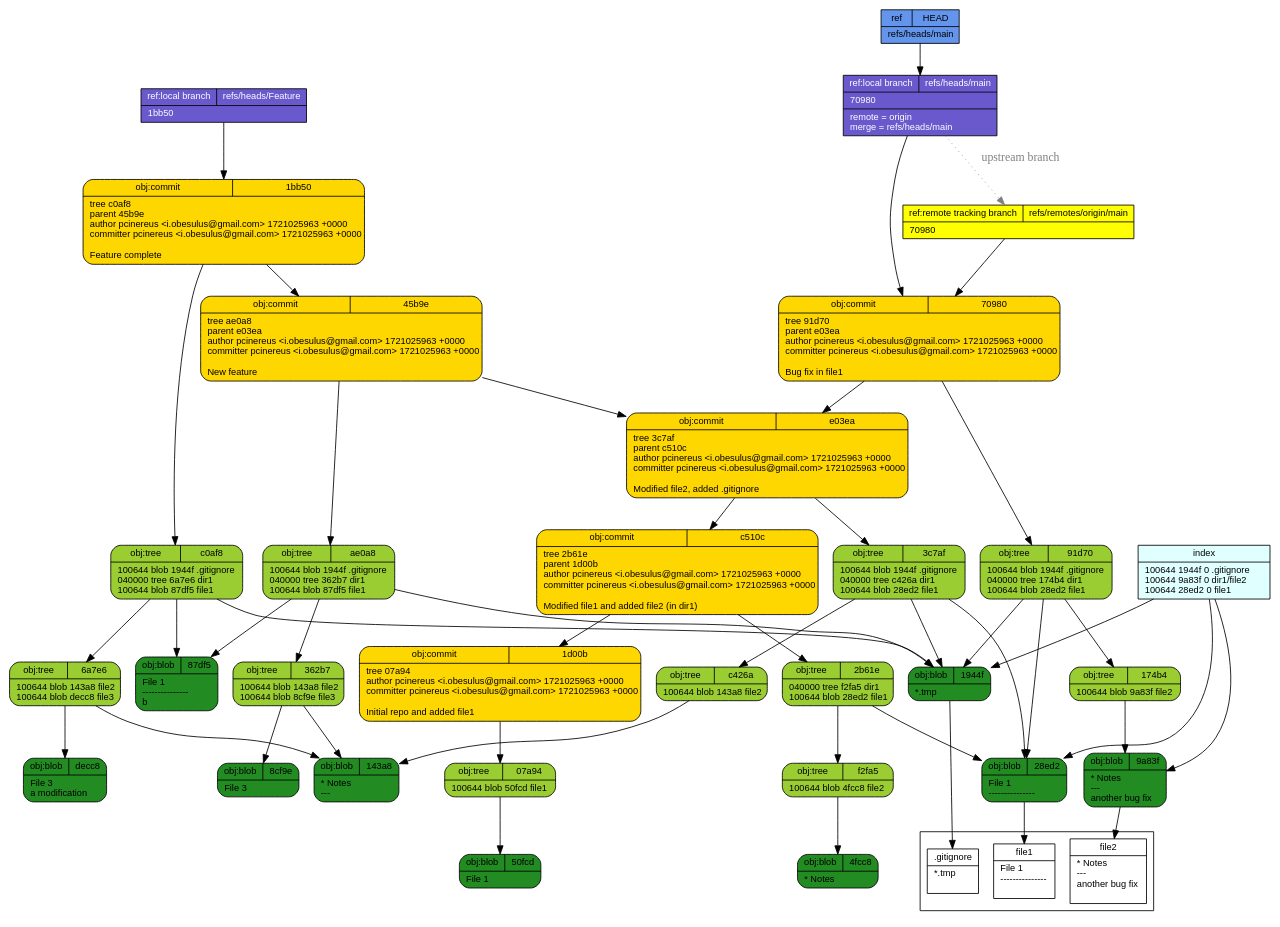
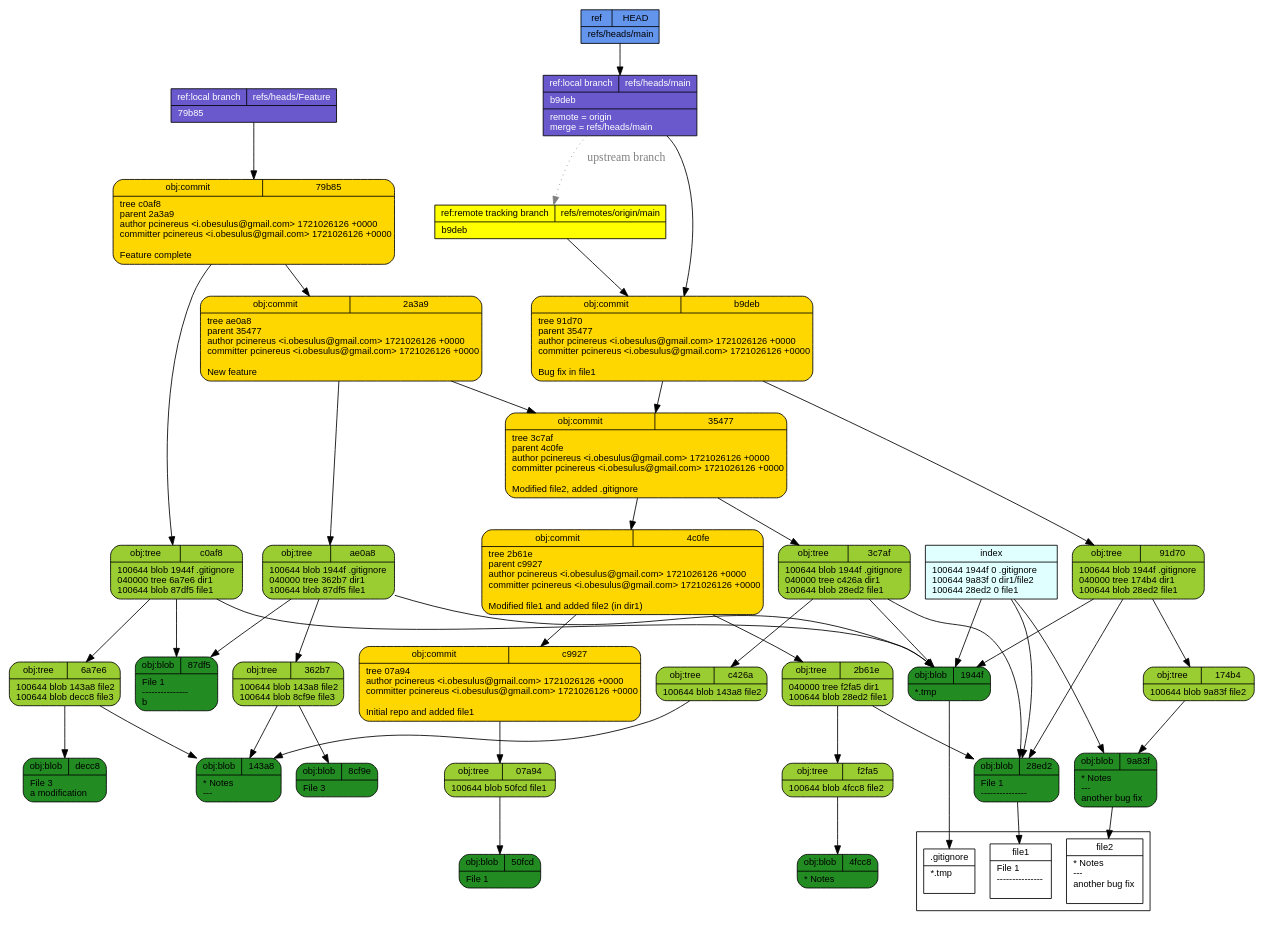
Before and after one commit to pcinereus/SUYRs_documents: the diagram in tut/git-draw.dot, drawn with Graphviz. The commit also changed 593 other files, not shown here.

```diff
--- a/tut/git-draw.dot
+++ b/tut/git-draw.dot
@@ -1,57 +1,57 @@
 digraph structs {
   node [shape=record,fontsize=11,fontname="arial"];
   rankdir="TB";
   _f2fa5 [fillcolor="yellowgreen", style="filled,rounded", label="{{obj:tree|f2fa5}|100644\ blob\ 4fcc8\	file2\l}"]  _f2fa5 -> _4fcc8
-  _45b9e [fillcolor="gold", style="filled,rounded", label="{{obj:commit|45b9e}|tree\ ae0a8\lparent\ e03ea\lauthor\ pcinereus\ \<i\.obesulus\@gmail\.com\>\ 1721025963\ \+0000\lcommitter\ pcinereus\ \<i\.obesulus\@gmail\.com\>\ 1721025963\ \+0000\l\lNew\ feature\l}"]  _45b9e -> _ae0a8
-  _45b9e -> _e03ea
   _07a94 [fillcolor="yellowgreen", style="filled,rounded", label="{{obj:tree|07a94}|100644\ blob\ 50fcd\	file1\l}"]  _07a94 -> _50fcd
   _143a8 [fillcolor="forestgreen", style="filled,rounded", label="{{obj:blob|143a8}|\*\ Notes\l\-\-\-\l}"]  _c0af8 [fillcolor="yellowgreen", style="filled,rounded", label="{{obj:tree|c0af8}|100644\ blob\ 1944f\	\.gitignore\l040000\ tree\ 6a7e6\	dir1\l100644\ blob\ 87df5\	file1\l}"]  _c0af8 -> _1944f
   _c0af8 -> _6a7e6
   _c0af8 -> _87df5
-  _4fcc8 [fillcolor="forestgreen", style="filled,rounded", label="{{obj:blob|4fcc8}|\*\ Notes\l}"]  _70980 [fillcolor="gold", style="filled,rounded", label="{{obj:commit|70980}|tree\ 91d70\lparent\ e03ea\lauthor\ pcinereus\ \<i\.obesulus\@gmail\.com\>\ 1721025963\ \+0000\lcommitter\ pcinereus\ \<i\.obesulus\@gmail\.com\>\ 1721025963\ \+0000\l\lBug\ fix\ in\ file1\l}"]  _70980 -> _91d70
-  _70980 -> _e03ea
+  _4fcc8 [fillcolor="forestgreen", style="filled,rounded", label="{{obj:blob|4fcc8}|\*\ Notes\l}"]  _35477 [fillcolor="gold", style="filled,rounded", label="{{obj:commit|35477}|tree\ 3c7af\lparent\ 4c0fe\lauthor\ pcinereus\ \<i\.obesulus\@gmail\.com\>\ 1721026126\ \+0000\lcommitter\ pcinereus\ \<i\.obesulus\@gmail\.com\>\ 1721026126\ \+0000\l\lModified\ file2\,\ added\ \.gitignore\l}"]  _35477 -> _3c7af
+  _35477 -> _4c0fe
+  _4c0fe [fillcolor="gold", style="filled,rounded", label="{{obj:commit|4c0fe}|tree\ 2b61e\lparent\ c9927\lauthor\ pcinereus\ \<i\.obesulus\@gmail\.com\>\ 1721026126\ \+0000\lcommitter\ pcinereus\ \<i\.obesulus\@gmail\.com\>\ 1721026126\ \+0000\l\lModified\ file1\ and\ added\ file2\ \(in\ dir1\)\l}"]  _4c0fe -> _2b61e
+  _4c0fe -> _c9927
   _c426a [fillcolor="yellowgreen", style="filled,rounded", label="{{obj:tree|c426a}|100644\ blob\ 143a8\	file2\l}"]  _c426a -> _143a8
-  _1944f [fillcolor="forestgreen", style="filled,rounded", label="{{obj:blob|1944f}|\*\.tmp\l}"]  _50fcd [fillcolor="forestgreen", style="filled,rounded", label="{{obj:blob|50fcd}|File\ 1\l}"]  _e03ea [fillcolor="gold", style="filled,rounded", label="{{obj:commit|e03ea}|tree\ 3c7af\lparent\ c510c\lauthor\ pcinereus\ \<i\.obesulus\@gmail\.com\>\ 1721025963\ \+0000\lcommitter\ pcinereus\ \<i\.obesulus\@gmail\.com\>\ 1721025963\ \+0000\l\lModified\ file2\,\ added\ \.gitignore\l}"]  _e03ea -> _3c7af
-  _e03ea -> _c510c
-  _1d00b [fillcolor="gold", style="filled,rounded", label="{{obj:commit|1d00b}|tree\ 07a94\lauthor\ pcinereus\ \<i\.obesulus\@gmail\.com\>\ 1721025963\ \+0000\lcommitter\ pcinereus\ \<i\.obesulus\@gmail\.com\>\ 1721025963\ \+0000\l\lInitial\ repo\ and\ added\ file1\l}"]  _1d00b -> _07a94
+  _1944f [fillcolor="forestgreen", style="filled,rounded", label="{{obj:blob|1944f}|\*\.tmp\l}"]  _50fcd [fillcolor="forestgreen", style="filled,rounded", label="{{obj:blob|50fcd}|File\ 1\l}"]  _c9927 [fillcolor="gold", style="filled,rounded", label="{{obj:commit|c9927}|tree\ 07a94\lauthor\ pcinereus\ \<i\.obesulus\@gmail\.com\>\ 1721026126\ \+0000\lcommitter\ pcinereus\ \<i\.obesulus\@gmail\.com\>\ 1721026126\ \+0000\l\lInitial\ repo\ and\ added\ file1\l}"]  _c9927 -> _07a94
   _8cf9e [fillcolor="forestgreen", style="filled,rounded", label="{{obj:blob|8cf9e}|File\ 3\l}"]  _91d70 [fillcolor="yellowgreen", style="filled,rounded", label="{{obj:tree|91d70}|100644\ blob\ 1944f\	\.gitignore\l040000\ tree\ 174b4\	dir1\l100644\ blob\ 28ed2\	file1\l}"]  _91d70 -> _1944f
   _91d70 -> _174b4
   _91d70 -> _28ed2
-  _9a83f [fillcolor="forestgreen", style="filled,rounded", label="{{obj:blob|9a83f}|\*\ Notes\l\-\-\-\l\ another\ bug\ fix\l}"]  _1bb50 [fillcolor="gold", style="filled,rounded", label="{{obj:commit|1bb50}|tree\ c0af8\lparent\ 45b9e\lauthor\ pcinereus\ \<i\.obesulus\@gmail\.com\>\ 1721025963\ \+0000\lcommitter\ pcinereus\ \<i\.obesulus\@gmail\.com\>\ 1721025963\ \+0000\l\lFeature\ complete\l}"]  _1bb50 -> _c0af8
-  _1bb50 -> _45b9e
+  _9a83f [fillcolor="forestgreen", style="filled,rounded", label="{{obj:blob|9a83f}|\*\ Notes\l\-\-\-\l\ another\ bug\ fix\l}"]  _2a3a9 [fillcolor="gold", style="filled,rounded", label="{{obj:commit|2a3a9}|tree\ ae0a8\lparent\ 35477\lauthor\ pcinereus\ \<i\.obesulus\@gmail\.com\>\ 1721026126\ \+0000\lcommitter\ pcinereus\ \<i\.obesulus\@gmail\.com\>\ 1721026126\ \+0000\l\lNew\ feature\l}"]  _2a3a9 -> _ae0a8
+  _2a3a9 -> _35477
   _ae0a8 [fillcolor="yellowgreen", style="filled,rounded", label="{{obj:tree|ae0a8}|100644\ blob\ 1944f\	\.gitignore\l040000\ tree\ 362b7\	dir1\l100644\ blob\ 87df5\	file1\l}"]  _ae0a8 -> _1944f
   _ae0a8 -> _362b7
   _ae0a8 -> _87df5
   _2b61e [fillcolor="yellowgreen", style="filled,rounded", label="{{obj:tree|2b61e}|040000\ tree\ f2fa5\	dir1\l100644\ blob\ 28ed2\	file1\l}"]  _2b61e -> _f2fa5
   _2b61e -> _28ed2
   _87df5 [fillcolor="forestgreen", style="filled,rounded", label="{{obj:blob|87df5}|File\ 1\l\-\-\-\-\-\-\-\-\-\-\-\-\-\-\-\lb\l}"]  _362b7 [fillcolor="yellowgreen", style="filled,rounded", label="{{obj:tree|362b7}|100644\ blob\ 143a8\	file2\l100644\ blob\ 8cf9e\	file3\l}"]  _362b7 -> _143a8
   _362b7 -> _8cf9e
   _3c7af [fillcolor="yellowgreen", style="filled,rounded", label="{{obj:tree|3c7af}|100644\ blob\ 1944f\	\.gitignore\l040000\ tree\ c426a\	dir1\l100644\ blob\ 28ed2\	file1\l}"]  _3c7af -> _1944f
   _3c7af -> _c426a
   _3c7af -> _28ed2
+  _79b85 [fillcolor="gold", style="filled,rounded", label="{{obj:commit|79b85}|tree\ c0af8\lparent\ 2a3a9\lauthor\ pcinereus\ \<i\.obesulus\@gmail\.com\>\ 1721026126\ \+0000\lcommitter\ pcinereus\ \<i\.obesulus\@gmail\.com\>\ 1721026126\ \+0000\l\lFeature\ complete\l}"]  _79b85 -> _c0af8
+  _79b85 -> _2a3a9
+  _b9deb [fillcolor="gold", style="filled,rounded", label="{{obj:commit|b9deb}|tree\ 91d70\lparent\ 35477\lauthor\ pcinereus\ \<i\.obesulus\@gmail\.com\>\ 1721026126\ \+0000\lcommitter\ pcinereus\ \<i\.obesulus\@gmail\.com\>\ 1721026126\ \+0000\l\lBug\ fix\ in\ file1\l}"]  _b9deb -> _91d70
+  _b9deb -> _35477
   _28ed2 [fillcolor="forestgreen", style="filled,rounded", label="{{obj:blob|28ed2}|File\ 1\l\-\-\-\-\-\-\-\-\-\-\-\-\-\-\-\l}"]  _6a7e6 [fillcolor="yellowgreen", style="filled,rounded", label="{{obj:tree|6a7e6}|100644\ blob\ 143a8\	file2\l100644\ blob\ decc8\	file3\l}"]  _6a7e6 -> _143a8
   _6a7e6 -> _decc8
   _174b4 [fillcolor="yellowgreen", style="filled,rounded", label="{{obj:tree|174b4}|100644\ blob\ 9a83f\	file2\l}"]  _174b4 -> _9a83f
-  _decc8 [fillcolor="forestgreen", style="filled,rounded", label="{{obj:blob|decc8}|File\ 3\l\ a\ modification\l}"]  _c510c [fillcolor="gold", style="filled,rounded", label="{{obj:commit|c510c}|tree\ 2b61e\lparent\ 1d00b\lauthor\ pcinereus\ \<i\.obesulus\@gmail\.com\>\ 1721025963\ \+0000\lcommitter\ pcinereus\ \<i\.obesulus\@gmail\.com\>\ 1721025963\ \+0000\l\lModified\ file1\ and\ added\ file2\ \(in\ dir1\)\l}"]  _c510c -> _2b61e
-  _c510c -> _1d00b
-  _refs___heads___Feature [style=filled, fillcolor=slateblue3, fontcolor = white,  label="{{ref:local branch|refs\/heads\/Feature}|1bb50\l}"]
-  _refs___heads___Feature -> _1bb50
+  _decc8 [fillcolor="forestgreen", style="filled,rounded", label="{{obj:blob|decc8}|File\ 3\l\ a\ modification\l}"]  _refs___heads___Feature [style=filled, fillcolor=slateblue3, fontcolor = white,  label="{{ref:local branch|refs\/heads\/Feature}|79b85\l}"]
+  _refs___heads___Feature -> _79b85
   _refs___heads___main -> _refs___remotes___origin___main [style=dotted, color=gray, fontcolor=gray, label="upstream branch"]
-  _refs___heads___main [style=filled, fillcolor=slateblue3, fontcolor = white,  label="{{ref:local branch|refs\/heads\/main}|70980\l|remote\ \=\ origin\lmerge\ \=\ refs\/heads\/main\l}"]
-  _refs___heads___main -> _70980
-  _refs___remotes___origin___main [style=filled, fillcolor=yellow, fontcolor = black,  label="{{ref:remote tracking branch|refs\/remotes\/origin\/main}|70980\l}"]
-  _refs___remotes___origin___main -> _70980
+  _refs___heads___main [style=filled, fillcolor=slateblue3, fontcolor = white,  label="{{ref:local branch|refs\/heads\/main}|b9deb\l|remote\ \=\ origin\lmerge\ \=\ refs\/heads\/main\l}"]
+  _refs___heads___main -> _b9deb
+  _refs___remotes___origin___main [style=filled, fillcolor=yellow, fontcolor = black,  label="{{ref:remote tracking branch|refs\/remotes\/origin\/main}|b9deb\l}"]
+  _refs___remotes___origin___main -> _b9deb
   _HEAD [style=filled, fillcolor=cornflowerblue, fontcolor=black,  label="{{ref|HEAD}|refs\/heads\/main\l}"]
   _HEAD -> _refs___heads___main
   index -> _1944f
   index -> _9a83f
   index -> _28ed2
   index [style=filled, fillcolor=lightcyan, label="{{index}|100644\ 1944f\ 0\	\.gitignore\l100644\ 9a83f\ 0\	dir1\/file2\l100644\ 28ed2\ 0\	file1\l}"]
 subgraph cluster_1 {rank=sink  _gitignore [fillcolor="white", label="{{.gitignore}|*.tmp\l\l}"] 
   _file2 [fillcolor="white", label="{{file2}|* Notes\l---\l another bug fix\l\l}"] 
   _file1 [fillcolor="white", label="{{file1}|File 1\l---------------\l\l}"] 
 }
  _1944f -> _gitignore
  _9a83f -> _file2
  _28ed2 -> _file1
 }
```
